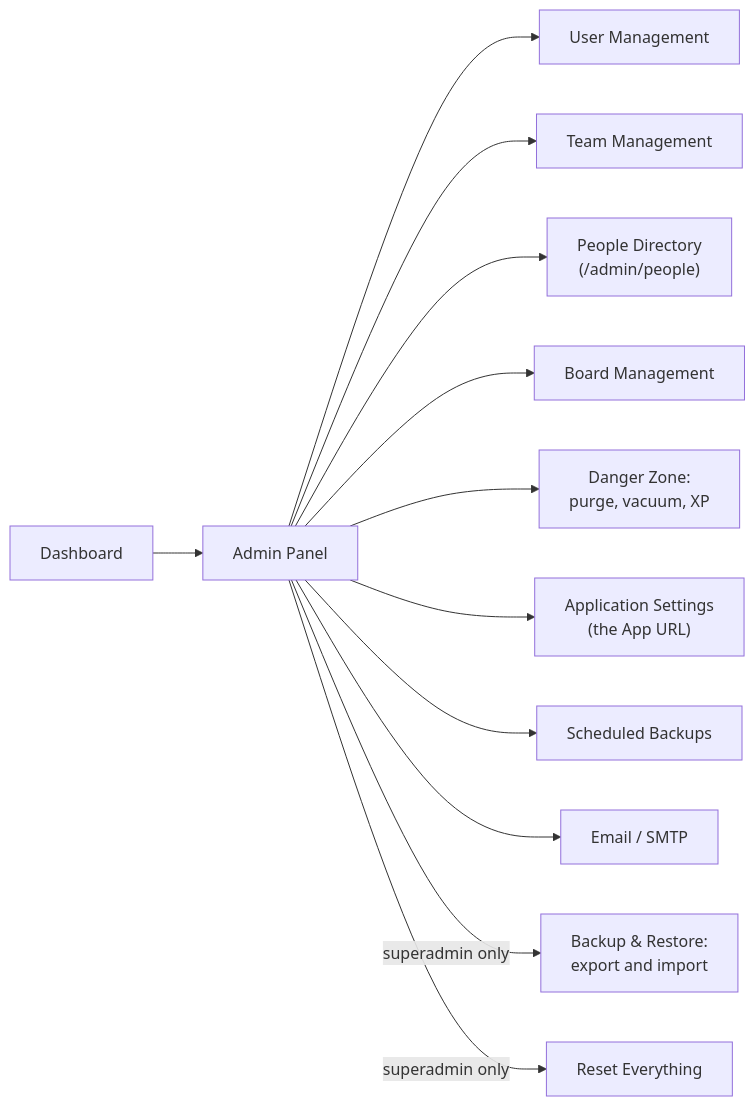
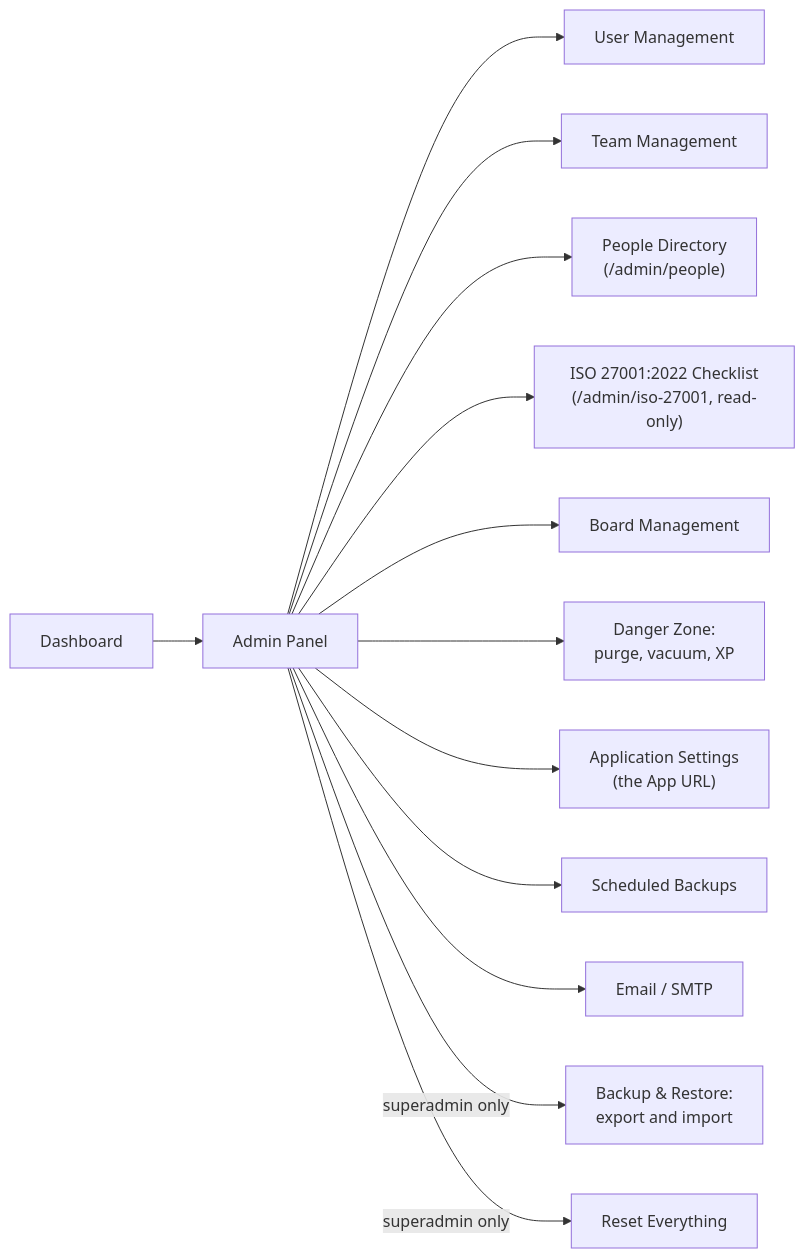
One commit to gitBoon/DumpFire changed the first of 22 diagrams in docs/admin-guide.md. Above: the diagram before and after it, drawn with Mermaid. The commit also changed other lines of this file and 11 other files, not shown here.

````diff
--- a/docs/admin-guide.md
+++ b/docs/admin-guide.md
@@ -52,14 +54,15 @@
 ```mermaid
 flowchart LR
     Dashboard["Dashboard"] --> Admin["Admin Panel"]
     Admin --> Users["User Management"]
     Admin --> Teams["Team Management"]
     Admin --> People["People Directory\n(/admin/people)"]
+    Admin --> Iso["ISO 27001:2022 Checklist\n(/admin/iso-27001, read-only)"]
     Admin --> Boards["Board Management"]
     Admin --> Danger["Danger Zone:\npurge, vacuum, XP"]
     Admin --> Settings["Application Settings\n(the App URL)"]
     Admin --> Backups["Scheduled Backups"]
     Admin --> SMTP["Email / SMTP"]
     Admin -->|"superadmin only"| Restore["Backup & Restore:\nexport and import"]
     Admin -->|"superadmin only"| Reset["Reset Everything"]
 ```
````
